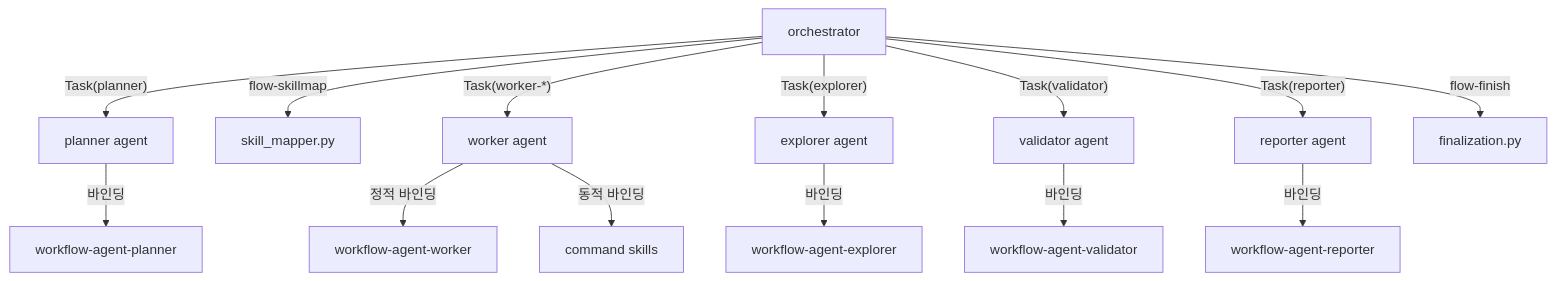
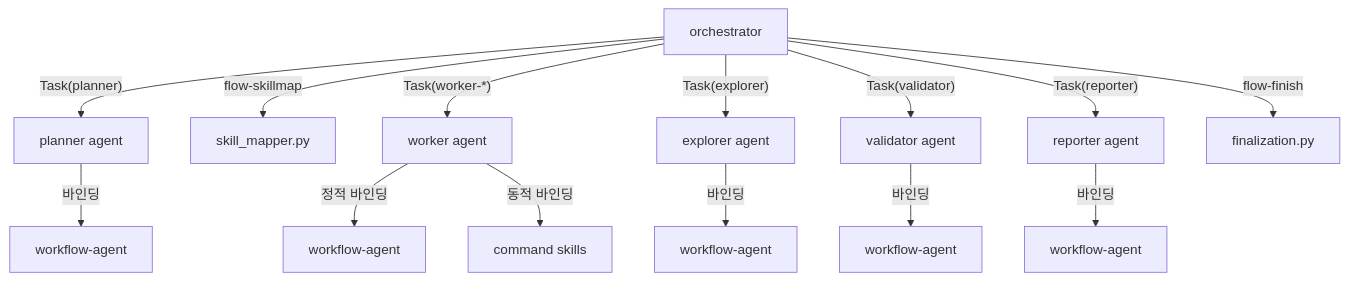
Before and after one commit to KoreanLeeChangHyun/claude-workflow: the diagram in .claude/skills/workflow-orchestration/common-reference.md, drawn with Mermaid. The commit also changed other lines of this file and 73 other files, not shown here.

First line of the commit message:
feat: 워크플로우 스킬 디렉터리 16개→4개 통합, wf 명령어 단일 진입점 통합

````diff
--- a/.claude/skills/workflow-orchestration/common-reference.md
+++ b/.claude/skills/workflow-orchestration/common-reference.md
@@ -53,17 +53,17 @@
 ```mermaid
 flowchart TD
     ORCH[orchestrator] -->|"Task(planner)"| PLAN_A[planner agent]
     ORCH -->|"flow-skillmap"| SKILL_MAP[skill_mapper.py]
     ORCH -->|"Task(worker-*)"| WORK_A[worker agent]
     ORCH -->|"Task(explorer)"| EXPLORE_A[explorer agent]
     ORCH -->|"Task(validator)"| VALID_A[validator agent]
     ORCH -->|"Task(reporter)"| REPORT_A[reporter agent]
     ORCH -->|"flow-finish"| FINISH[finalization.py]
 
-    PLAN_A -->|바인딩| WF_PLAN[workflow-agent-planner]
-    WORK_A -->|정적 바인딩| WF_WORK[workflow-agent-worker]
+    PLAN_A -->|바인딩| WF_PLAN[workflow-agent]
+    WORK_A -->|정적 바인딩| WF_WORK[workflow-agent]
     WORK_A -->|동적 바인딩| CMD_SKILLS[command skills]
-    EXPLORE_A -->|바인딩| WF_EXPLORE[workflow-agent-explorer]
-    VALID_A -->|바인딩| WF_VALID[workflow-agent-validator]
-    REPORT_A -->|바인딩| WF_REPORT[workflow-agent-reporter]
+    EXPLORE_A -->|바인딩| WF_EXPLORE[workflow-agent]
+    VALID_A -->|바인딩| WF_VALID[workflow-agent]
+    REPORT_A -->|바인딩| WF_REPORT[workflow-agent]
 ```
````
